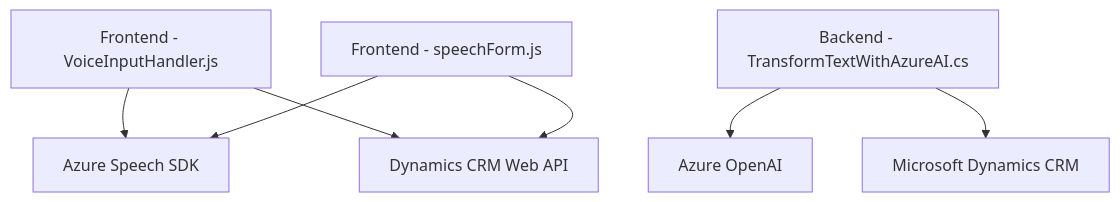
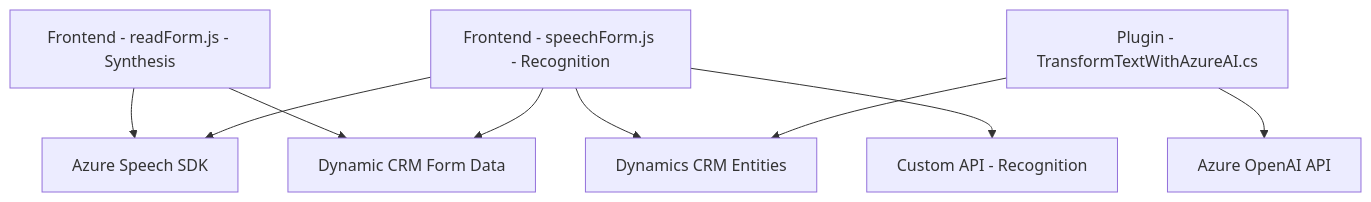
Before and after one commit to blopezdm/NETCORE_BILBAO2025: the diagram in README.md, drawn with Mermaid. The commit also changed other lines of this file, not shown here.

````diff
--- a/README.md
+++ b/README.md
@@ -48,17 +35,11 @@
 ```mermaid
 graph TD
-    A["Frontend - VoiceInputHandler.js"]
-    B["Frontend - speechForm.js"]
-    C["Azure Speech SDK"]
-    D["Dynamics CRM Web API"]
-    E["Backend - TransformTextWithAzureAI.cs"]
-    F["Azure OpenAI"]
-    G["Microsoft Dynamics CRM"]
-
-    A --> C
-    A --> D
-    B --> C
-    B --> D
-    E --> F
-    E --> G
+    A["Frontend - readForm.js - Synthesis"] --> B["Azure Speech SDK"]
+    A --> C["Dynamic CRM Form Data"]
+    D["Frontend - speechForm.js - Recognition"] --> B["Azure Speech SDK"]
+    D --> C["Dynamic CRM Form Data"]
+    D --> E["Dynamics CRM API Xrm.WebApi"]
+    D --> F["Custom API - Recognition"]
+    G["Plugin - TransformTextWithAzureAI.cs"] --> H["Azure OpenAI API"]
+    G --> E["Dynamics CRM Entities"]
 ```
````
